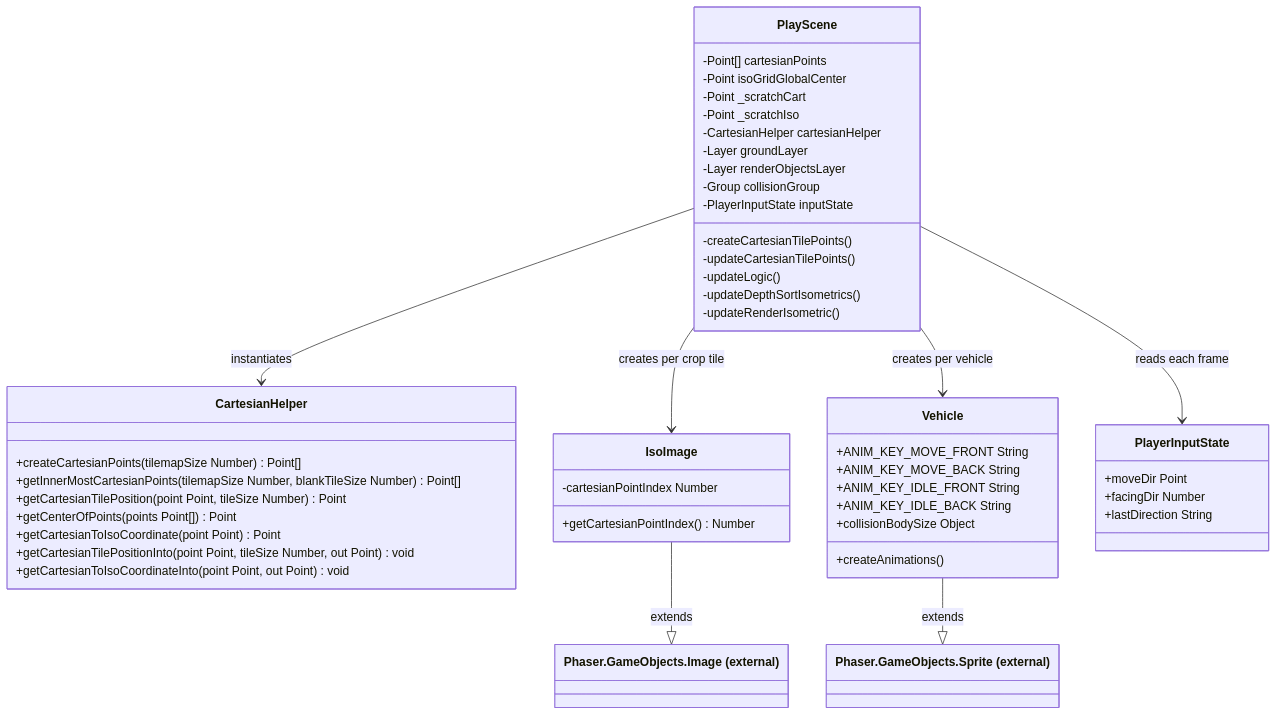
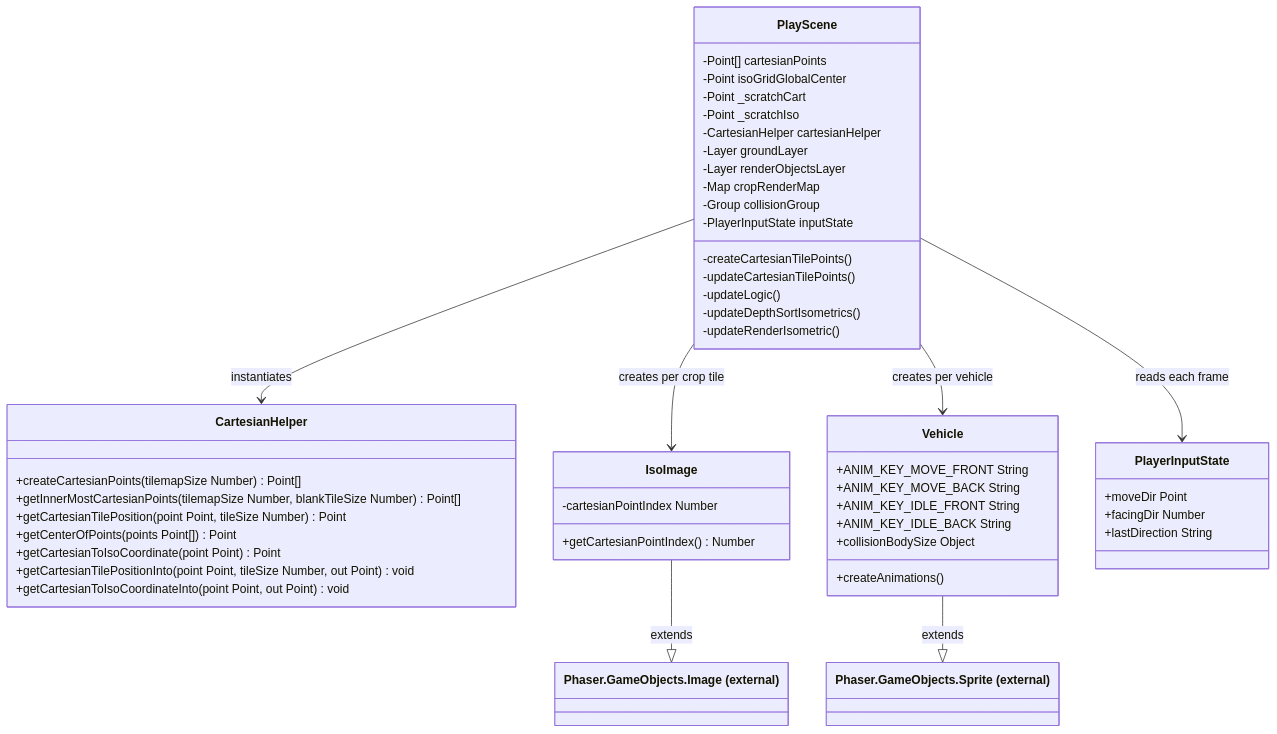
One commit to f0rdP3rf3ct/tractor changed the second of 2 diagrams in documentation/architecture/isometricRendering/isometricRendering.md. Above: the diagram before and after it, drawn with Mermaid. The commit also changed other lines of this file and 4 other files, not shown here.

````diff
--- a/documentation/architecture/isometricRendering/isometricRendering.md
+++ b/documentation/architecture/isometricRendering/isometricRendering.md
@@ -158,58 +161,59 @@
 ```mermaid
 classDiagram
     class PlayScene{
         -Point[] cartesianPoints
         -Point isoGridGlobalCenter
         -Point _scratchCart
         -Point _scratchIso
         -CartesianHelper cartesianHelper
         -Layer groundLayer
         -Layer renderObjectsLayer
+        -Map cropRenderMap
         -Group collisionGroup
         -PlayerInputState inputState
         -createCartesianTilePoints()
         -updateCartesianTilePoints()
         -updateLogic()
         -updateDepthSortIsometrics()
         -updateRenderIsometric()
     }
 
     class CartesianHelper{
         +createCartesianPoints(tilemapSize Number) Point[]
         +getInnerMostCartesianPoints(tilemapSize Number, blankTileSize Number) Point[]
         +getCartesianTilePosition(point Point, tileSize Number) Point
         +getCenterOfPoints(points Point[]) Point
         +getCartesianToIsoCoordinate(point Point) Point
         +getCartesianTilePositionInto(point Point, tileSize Number, out Point) void
         +getCartesianToIsoCoordinateInto(point Point, out Point) void
     }
 
     class IsoImage{
         -cartesianPointIndex Number
         +getCartesianPointIndex() Number
     }
 
     class Vehicle{
         +ANIM_KEY_MOVE_FRONT String
         +ANIM_KEY_MOVE_BACK String
         +ANIM_KEY_IDLE_FRONT String
         +ANIM_KEY_IDLE_BACK String
         +collisionBodySize Object
         +createAnimations()
     }
 
     class PlayerInputState{
         +moveDir Point
         +facingDir Number
         +lastDirection String
     }
 
     PlayScene --> CartesianHelper : instantiates
     PlayScene --> IsoImage : creates per crop tile
     PlayScene --> Vehicle : creates per vehicle
     PlayScene --> PlayerInputState : reads each frame
     IsoImage --|> Phaser_GameObjects_Image : extends
     Vehicle --|> Phaser_GameObjects_Sprite : extends
     class Phaser_GameObjects_Image["Phaser.GameObjects.Image (external)"]
     class Phaser_GameObjects_Sprite["Phaser.GameObjects.Sprite (external)"]
 ```
````
